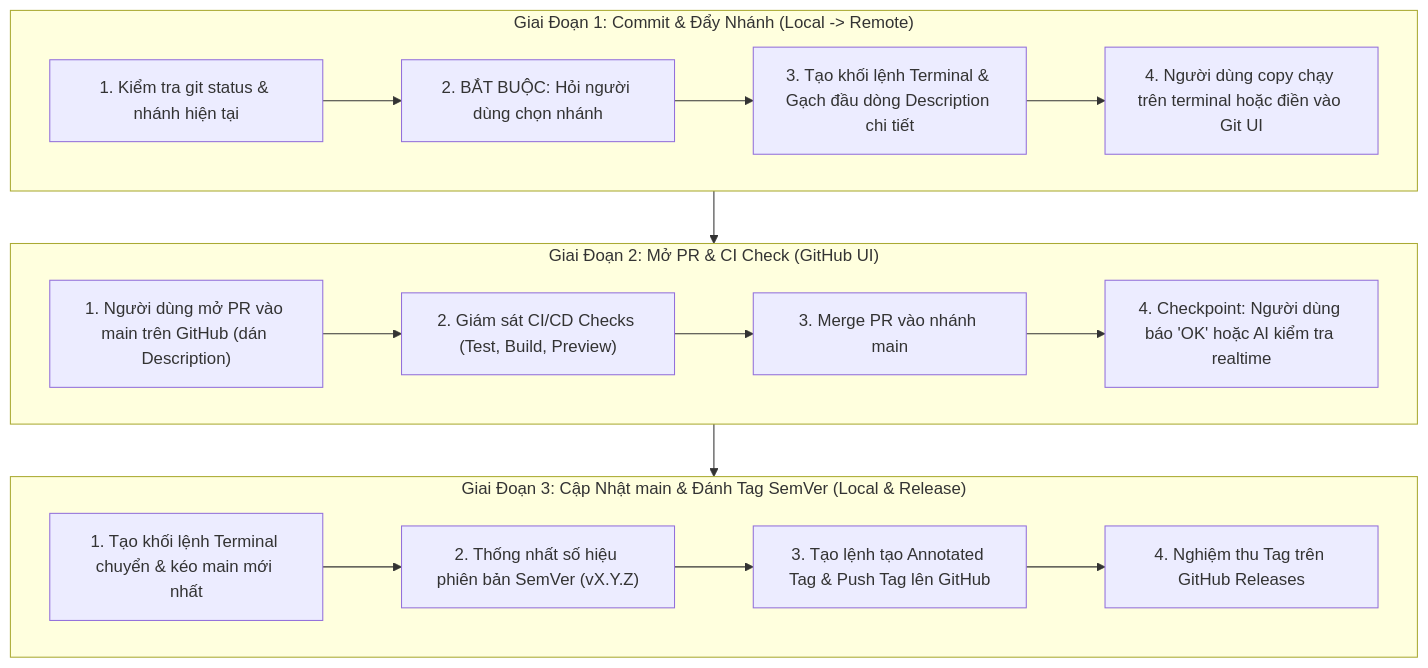
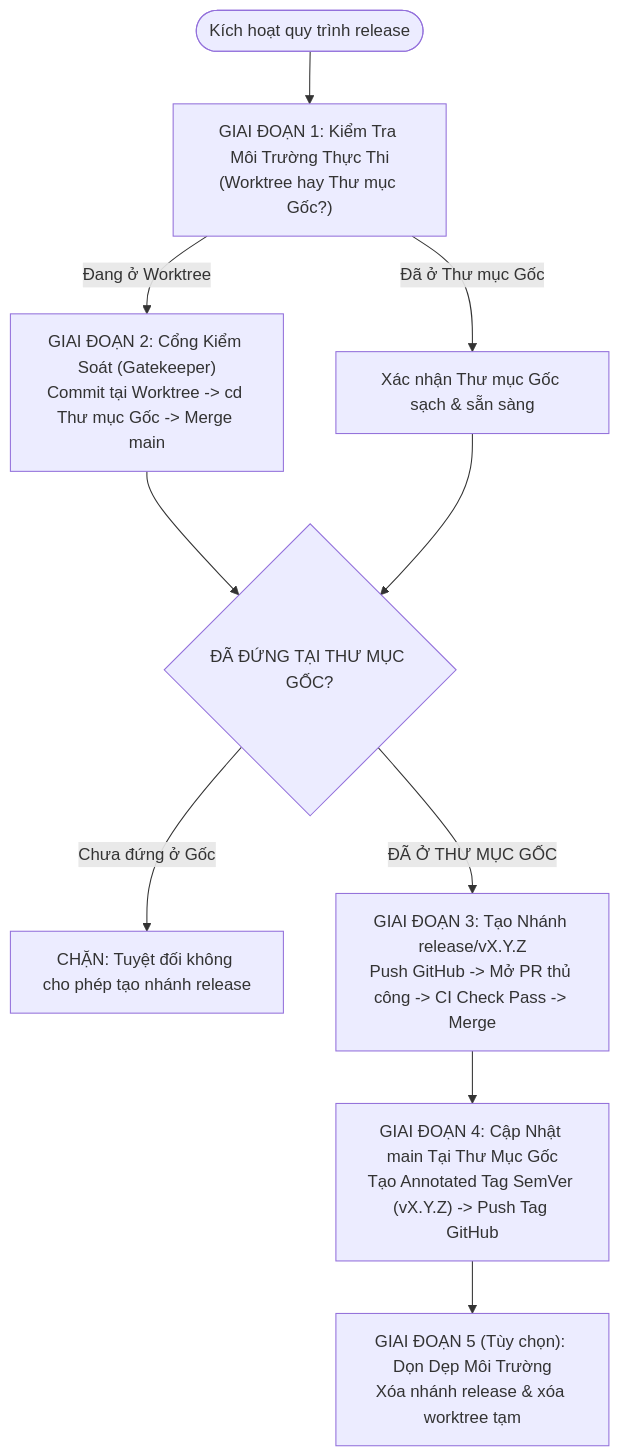
Before and after one commit to TrNguyen20/liable-reyla-afric: the diagram in .agent/skills/qt-mes-git-release/SKILL.md, drawn with Mermaid. The commit also changed other lines of this file and 2 other files, not shown here.

Commit message:
docs(skills): gop va nang cap qt-mes-git-release thanh quy trinh chuan 5 giai doan, xoa skill cu qt-mes-worktree-merg2main

````diff
--- a/.agent/skills/qt-mes-git-release/SKILL.md
+++ b/.agent/skills/qt-mes-git-release/SKILL.md
@@ -41,22 +20,17 @@
 ```mermaid
 flowchart TD
-    subgraph S1["Giai Đoạn 1: Commit & Đẩy Nhánh (Local -> Remote)"]
-        A1["1. Kiểm tra git status & nhánh hiện tại"] --> A2["2. BẮT BUỘC: Hỏi người dùng chọn nhánh"]
-        A2 --> A3["3. Tạo khối lệnh Terminal & Gạch đầu dòng Description chi tiết"]
-        A3 --> A4["4. Người dùng copy chạy trên terminal hoặc điền vào Git UI"]
-    end
-
-    subgraph S2["Giai Đoạn 2: Mở PR & CI Check (GitHub UI)"]
-        B1["1. Người dùng mở PR vào main trên GitHub (dán Description)"] --> B2["2. Giám sát CI/CD Checks (Test, Build, Preview)"]
-        B2 --> B3["3. Merge PR vào nhánh main"]
-        B3 --> B4["4. Checkpoint: Người dùng báo 'OK' hoặc AI kiểm tra realtime"]
-    end
-
-    subgraph S3["Giai Đoạn 3: Cập Nhật main & Đánh Tag SemVer (Local & Release)"]
-        C1["1. Tạo khối lệnh Terminal chuyển & kéo main mới nhất"] --> C2["2. Thống nhất số hiệu phiên bản SemVer (vX.Y.Z)"]
-        C2 --> C3["3. Tạo lệnh tạo Annotated Tag & Push Tag lên GitHub"]
-        C3 --> C4["4. Nghiệm thu Tag trên GitHub Releases"]
-    end
-
-    S1 --> S2 --> S3
+    Start(["Kích hoạt quy trình release"]) --> S1["GIAI ĐOẠN 1: Kiểm Tra Môi Trường Thực Thi<br/>(Worktree hay Thư mục Gốc?)"]
+    
+    S1 -->|Đang ở Worktree| S2["GIAI ĐOẠN 2: Cổng Kiểm Soát (Gatekeeper)<br/>Commit tại Worktree -> cd Thư mục Gốc -> Merge main"]
+    S1 -->|Đã ở Thư mục Gốc| S2_Skip["Xác nhận Thư mục Gốc sạch & sẵn sàng"]
+    
+    S2 --> CheckRoot{"ĐÃ ĐỨNG TẠI THƯ MỤC GỐC?"}
+    S2_Skip --> CheckRoot
+    
+    CheckRoot -->|Chưa đứng ở Gốc| Block["CHẶN: Tuyệt đối không cho phép tạo nhánh release"]
+    CheckRoot -->|ĐÃ Ở THƯ MỤC GỐC| S3["GIAI ĐOẠN 3: Tạo Nhánh release/vX.Y.Z<br/>Push GitHub -> Mở PR thủ công -> CI Check Pass -> Merge"]
+    
+    S3 --> S4["GIAI ĐOẠN 4: Cập Nhật main Tại Thư Mục Gốc<br/>Tạo Annotated Tag SemVer (vX.Y.Z) -> Push Tag GitHub"]
+    
+    S4 --> S5["GIAI ĐOẠN 5 (Tùy chọn): Dọn Dẹp Môi Trường<br/>Xóa nhánh release & xóa worktree tạm"]
 ```
````
